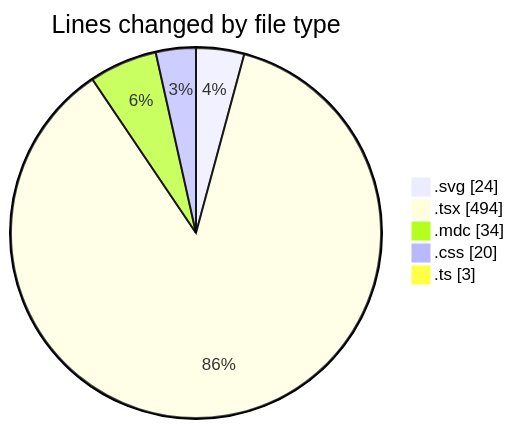
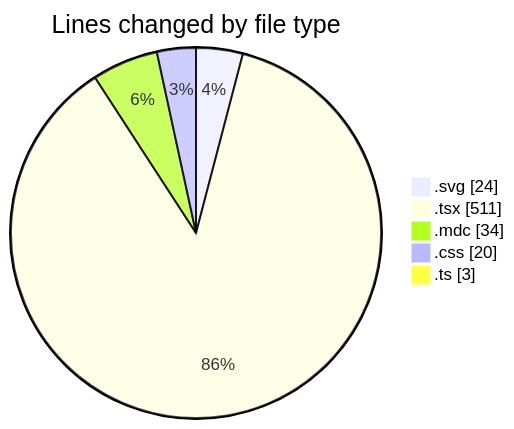
Before and after one commit to EIIisD/code-tracking: the first of 2 diagrams in 2025-07-18/ribbon/README.md, drawn with Mermaid. The commit also changed other lines of this file and 1 other file, not shown here.

````diff
--- a/2025-07-18/ribbon/README.md
+++ b/2025-07-18/ribbon/README.md
@@ -25,9 +25,9 @@
 ```mermaid
 pie showData
 title Lines changed by file type
 ".svg" : 24
-".tsx" : 494
+".tsx" : 511
 ".mdc" : 34
 ".css" : 20
 ".ts" : 3
 ```
````
